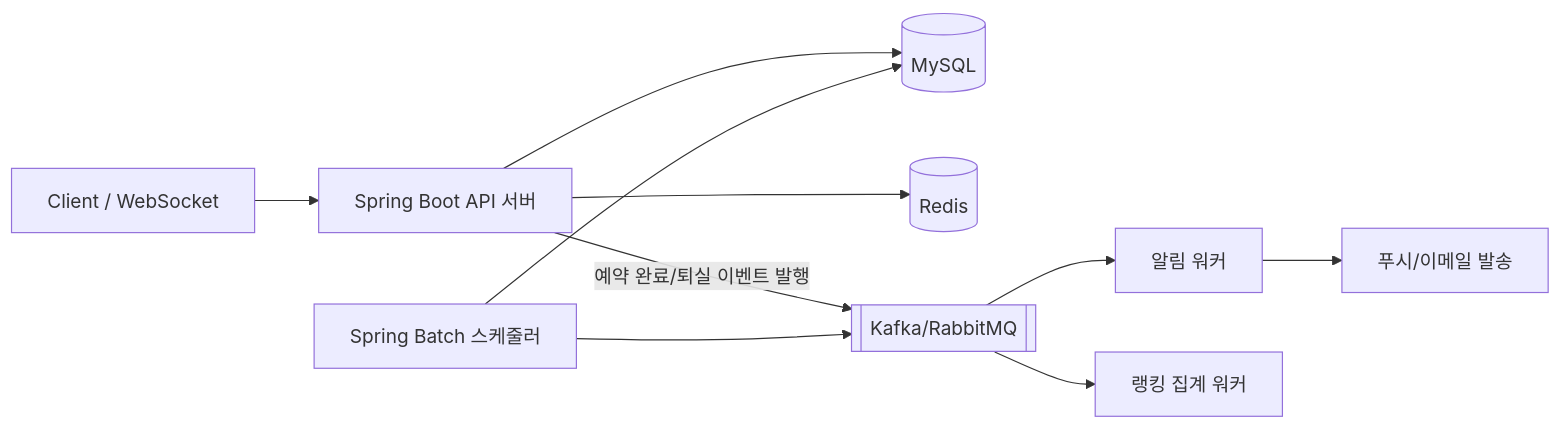
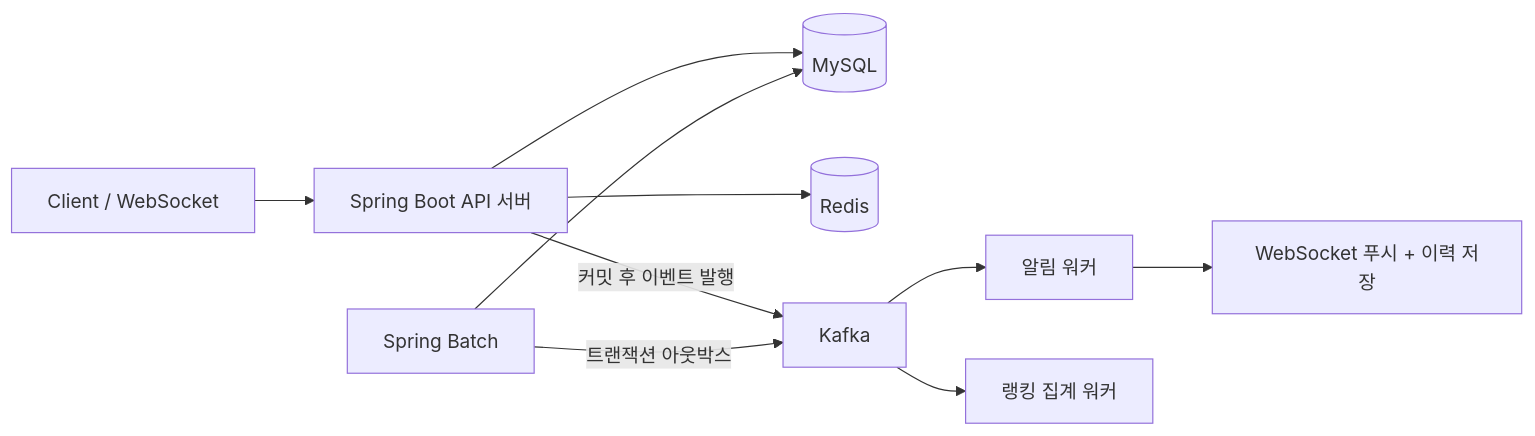
Before and after one commit to dlalstlr12/study-room-reservation: the first of 2 diagrams in docs/roadmap.md, drawn with Mermaid. The commit also changed other lines of this file and 1 other file, not shown here.

First line of the commit message:
docs: roadmap 을 실제 구현과 대조해 정정 + §11 변경점 추가

````diff
--- a/docs/roadmap.md
+++ b/docs/roadmap.md
@@ -23,12 +26,12 @@
 ```mermaid
 flowchart LR
     Client[Client / WebSocket] --> API[Spring Boot API 서버]
     API --> DB[(MySQL)]
     API --> Redis[(Redis)]
-    API -- 예약 완료/퇴실 이벤트 발행 --> MQ[[Kafka/RabbitMQ]]
+    API -- "커밋 후 이벤트 발행" --> MQ[Kafka]
     MQ --> NotiWorker[알림 워커]
     MQ --> RankWorker[랭킹 집계 워커]
-    NotiWorker --> Push[푸시/이메일 발송]
-    Batch[Spring Batch 스케줄러] --> DB
-    Batch --> MQ
+    NotiWorker --> Push[WebSocket 푸시 + 이력 저장]
+    Batch[Spring Batch] -- "트랜잭션 아웃박스" --> MQ
+    Batch --> DB
 ```
````
